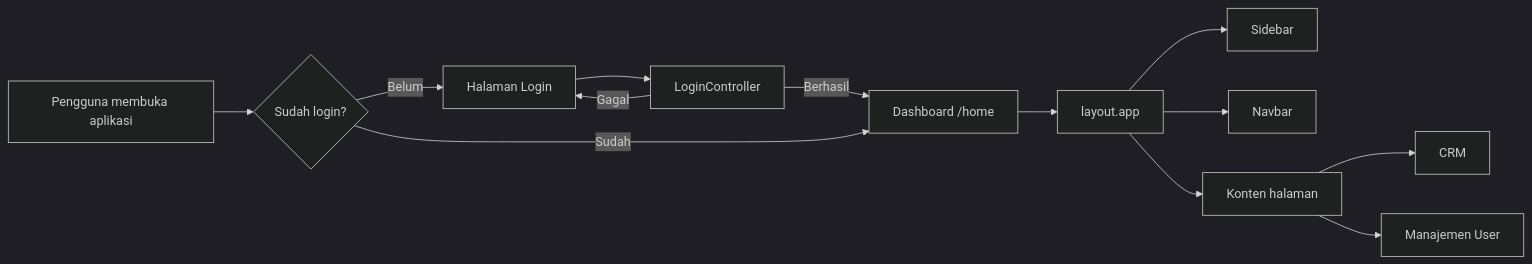
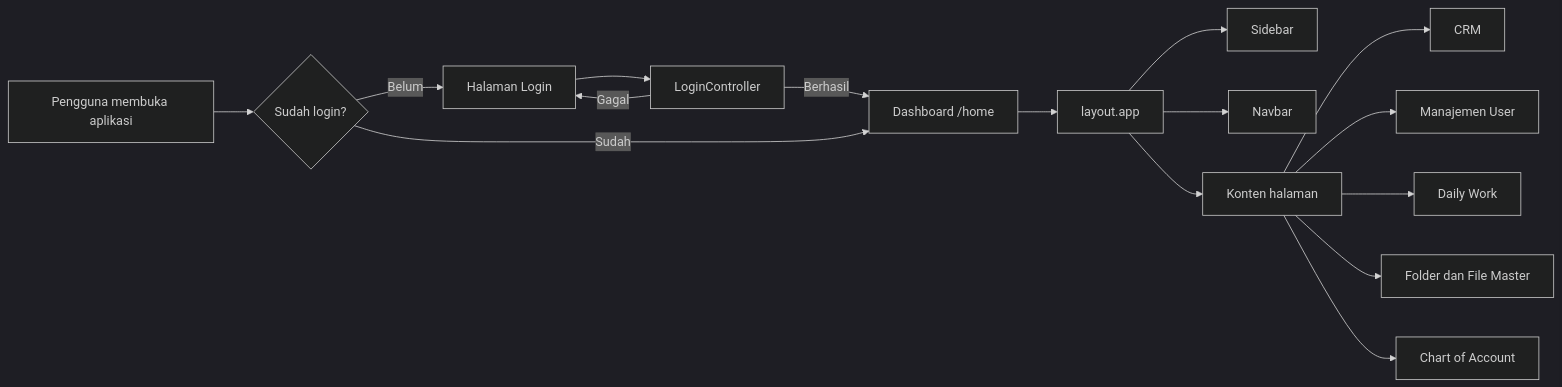
One commit to galangrakalighter/erp_lmg changed the first of 7 diagrams in README.md. Above: the diagram before and after it, drawn with Mermaid (dark theme). The commit also changed other lines of this file, not shown here.

````diff
--- a/README.md
+++ b/README.md
@@ -145,15 +182,18 @@
 ```mermaid
 flowchart LR
     A[Pengguna membuka aplikasi] --> B{Sudah login?}
     B -- Belum --> C[Halaman Login]
     C --> D[LoginController]
     D -->|Berhasil| E[Dashboard /home]
     D -->|Gagal| C
     B -- Sudah --> E
     E --> F[layout.app]
     F --> G[Sidebar]
     F --> H[Navbar]
     F --> I[Konten halaman]
     I --> J[CRM]
     I --> K[Manajemen User]
+    I --> L[Daily Work]
+    I --> M[Folder dan File Master]
+    I --> N[Chart of Account]
 ```
````
